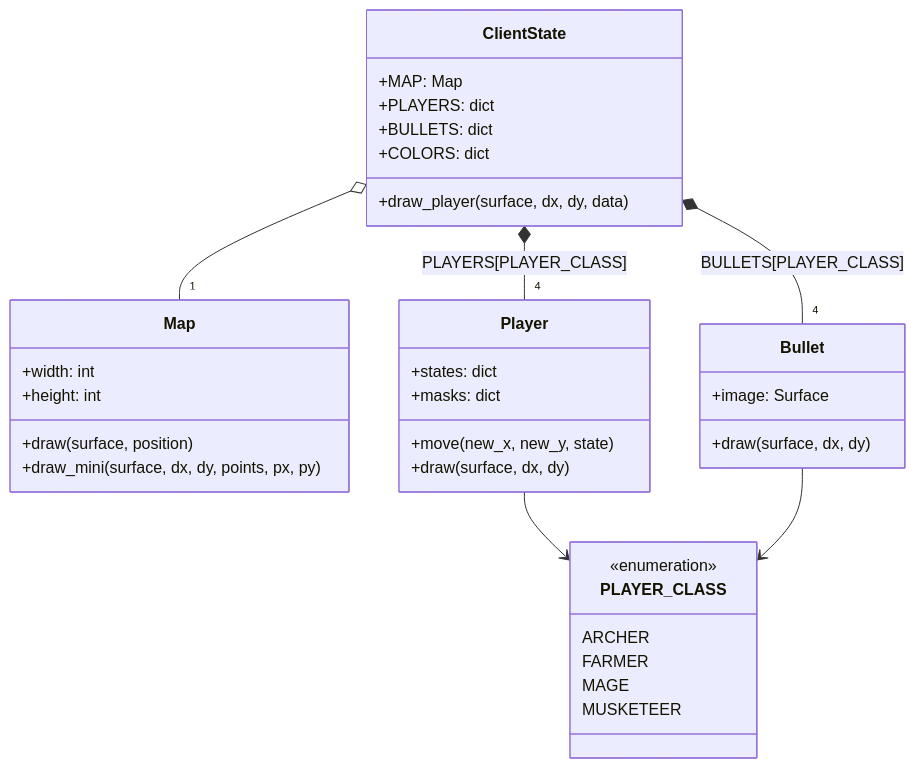
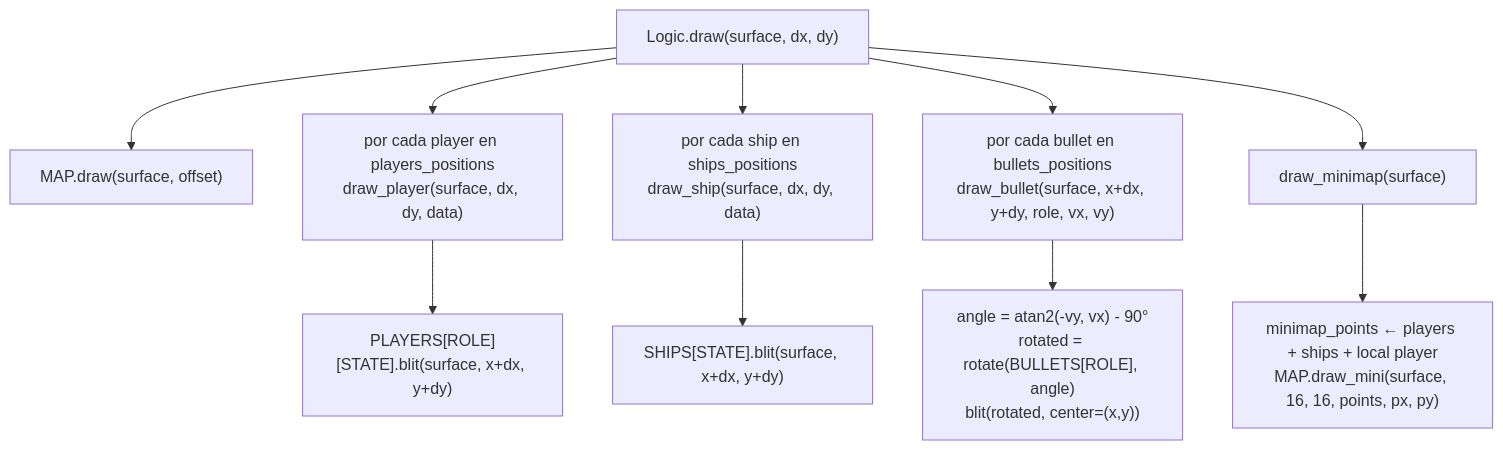
Before and after one commit to Aouei/pygame_multi: the sixth of 7 diagrams in docs/diagramas/server-client.md, drawn with Mermaid. The commit also changed other lines of this file and 2 other files, not shown here.

Commit message:
UPDATE doc diagrams

````diff
--- a/docs/diagramas/server-client.md
+++ b/docs/diagramas/server-client.md
@@ -148,45 +160,17 @@
 ```mermaid
-classDiagram
-    direction TB
+flowchart TD
+    DR["Logic.draw(surface, dx, dy)"]
+    DR --> M["MAP.draw(surface, offset)"]
+    DR --> P["por cada player en players_positions\ndraw_player(surface, dx, dy, data)"]
+    DR --> SH["por cada ship en ships_positions\ndraw_ship(surface, dx, dy, data)"]
+    DR --> BU["por cada bullet en bullets_positions\ndraw_bullet(surface, x+dx, y+dy, role, vx, vy)"]
+    DR --> MM["draw_minimap(surface)"]
 
-    class ClientState {
-        +MAP: Map
-        +PLAYERS: dict
-        +BULLETS: dict
-        +COLORS: dict
-        +draw_player(surface, dx, dy, data)
-    }
+    P --> P1["PLAYERS[ROLE][STATE].blit(surface, x+dx, y+dy)"]
 
-    class Map {
-        +width: int
-        +height: int
-        +draw(surface, position)
-        +draw_mini(surface, dx, dy, points, px, py)
-    }
+    SH --> SH1["SHIPS[STATE].blit(surface, x+dx, y+dy)"]
 
-    class Player {
-        +states: dict
-        +masks: dict
-        +move(new_x, new_y, state)
-        +draw(surface, dx, dy)
-    }
+    BU --> BU1["angle = atan2(-vy, vx) - 90°\nrotated = rotate(BULLETS[ROLE], angle)\nblit(rotated, center=(x,y))"]
 
-    class Bullet {
-        +image: Surface
-        +draw(surface, dx, dy)
-    }
-
-    class PLAYER_CLASS {
-        <<enumeration>>
-        ARCHER
-        FARMER
-        MAGE
-        MUSKETEER
-    }
-
-    ClientState o-- "1" Map
-    ClientState *-- "4" Player : PLAYERS[PLAYER_CLASS]
-    ClientState *-- "4" Bullet : BULLETS[PLAYER_CLASS]
-    Player --> PLAYER_CLASS
-    Bullet --> PLAYER_CLASS
+    MM --> MM1["minimap_points ← players + ships + local player\nMAP.draw_mini(surface, 16, 16, points, px, py)"]
 ```
````
